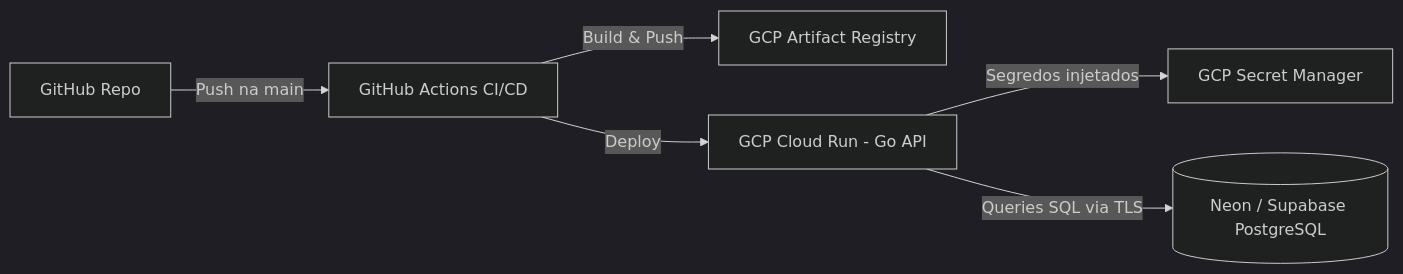
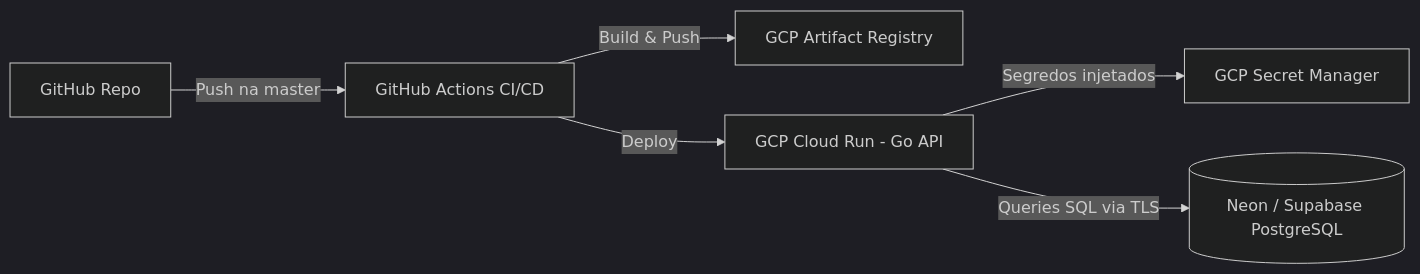
Before and after one commit to DamiaoCanndido/docse9-DMS: the diagram in docs/deploy-gcp-cloud-run.md, drawn with Mermaid (dark theme). The commit also changed other lines of this file and 2 other files, not shown here.

Commit message:
fix: update branch references from 'main' to 'master' in CI/CD workflows and documentation

````diff
--- a/docs/deploy-gcp-cloud-run.md
+++ b/docs/deploy-gcp-cloud-run.md
@@ -9,8 +9,8 @@
 ```mermaid
 flowchart LR
-    A[GitHub Repo] -->|Push na main| B[GitHub Actions CI/CD]
+    A[GitHub Repo] -->|Push na master| B[GitHub Actions CI/CD]
     B -->|Build & Push| C[GCP Artifact Registry]
     B -->|Deploy| D[GCP Cloud Run - Go API]
     D -->|Segredos injetados| E[GCP Secret Manager]
     D -->|Queries SQL via TLS| F[(Neon / Supabase PostgreSQL)]
 ```
````
